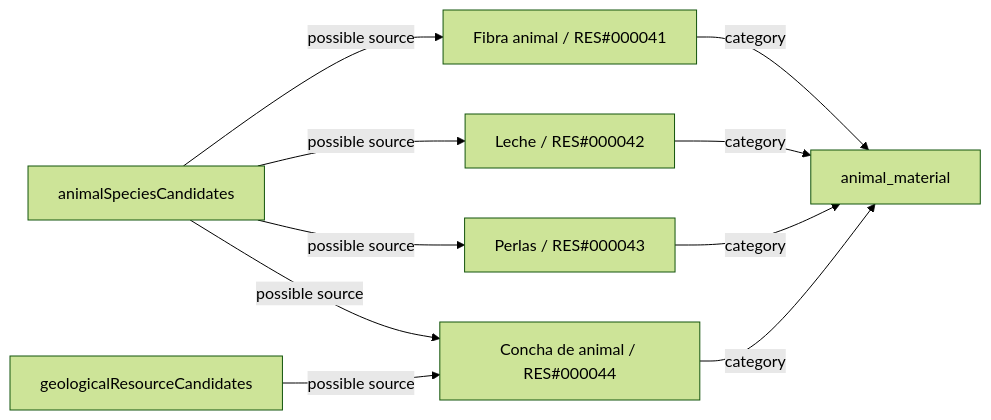
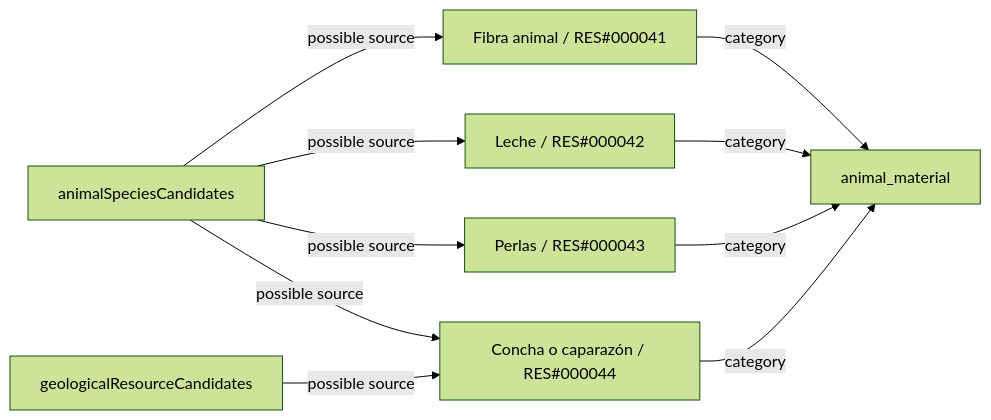
Diagram 11 of 37 in data/resources/DIAGRAMS.es.md (fgabo404/EvolveDoc), drawn with Mermaid (forest theme) before and after one commit. The commit also changed other lines of this file and 44 other files, not shown here.

````diff
--- a/data/resources/DIAGRAMS.es.md
+++ b/data/resources/DIAGRAMS.es.md
@@ -334,19 +337,19 @@
 ```mermaid
 flowchart LR
     r0["Fibra animal / RES#000041"]
     k0["animal_material"]
     r0 -->|category| k0
     s0["animalSpeciesCandidates"]
     s0 -->|possible source| r0
     r1["Leche / RES#000042"]
     r1 -->|category| k0
     s0 -->|possible source| r1
     r2["Perlas / RES#000043"]
     r2 -->|category| k0
     s0 -->|possible source| r2
-    r3["Concha de animal / RES#000044"]
+    r3["Concha o caparazón / RES#000044"]
     r3 -->|category| k0
     s0 -->|possible source| r3
     s1["geologicalResourceCandidates"]
     s1 -->|possible source| r3
 ```
````
